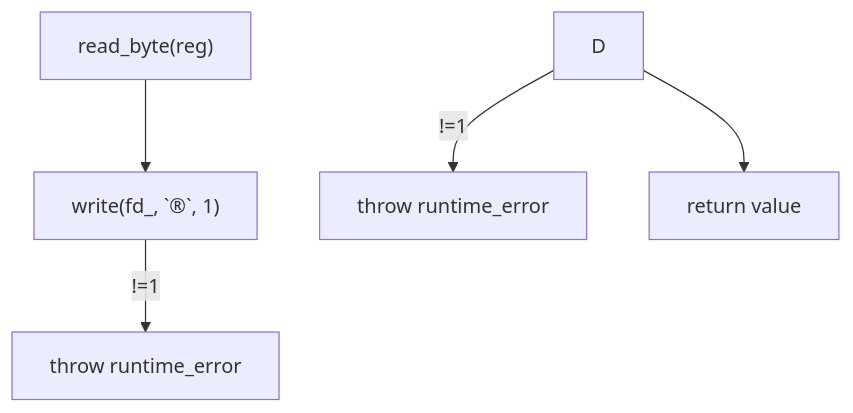
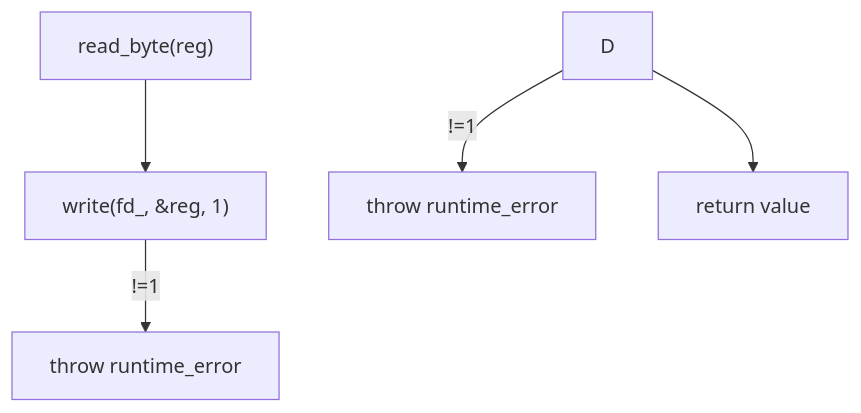
One commit to SEAME-pt/ObjectDetectionAvoidance changed the second of 2 diagrams in pid_control/docs/docs_hardware_module.md. Above: the diagram before and after it, drawn with Mermaid. The commit also changed 2 other files, not shown here.

Commit message:
(Improvement) Mermaid Guide Added

````diff
--- a/pid_control/docs/docs_hardware_module.md
+++ b/pid_control/docs/docs_hardware_module.md
@@ -43,8 +43,8 @@
 ```mermaid
 graph TD
     A["read_byte(reg)"] --> B["write(fd_, &reg, 1)"]
     B -->|!=1| C["throw runtime_error"]
-    B["write(fd_, `&reg`, 1)"]
+    B["write(fd_, &amp;reg, 1)"]
     D -->|!=1| E["throw runtime_error"]
     D --> F["return value"]
 ```
````
